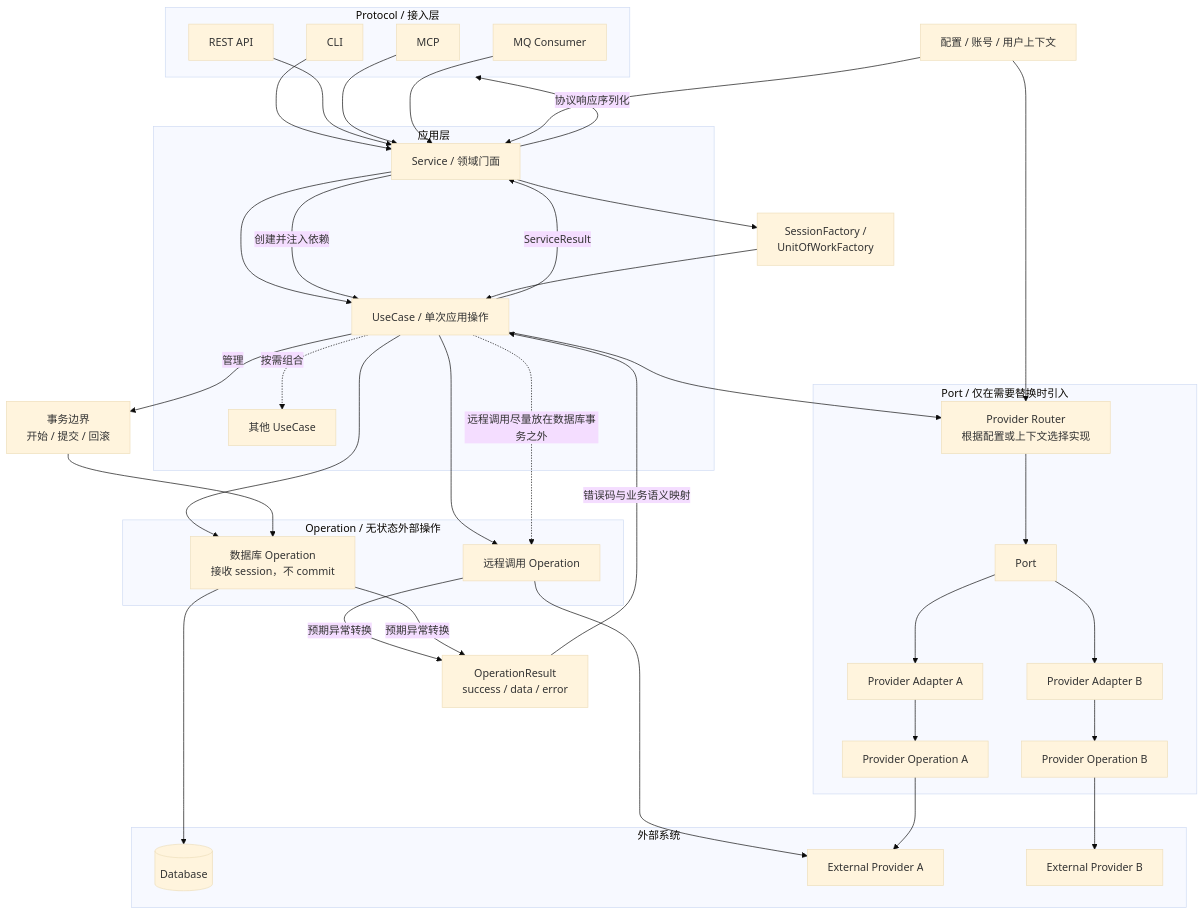
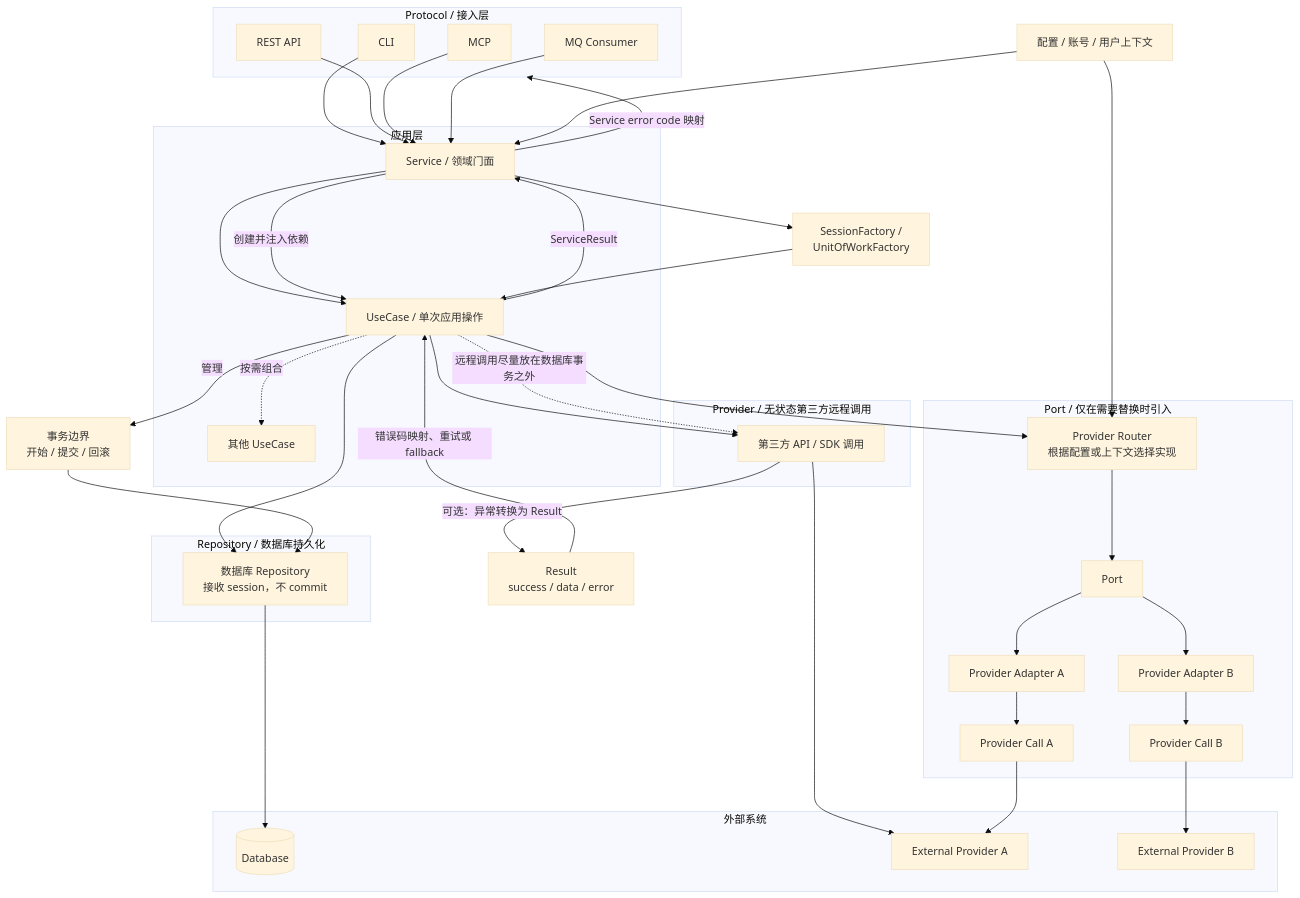
Before and after one commit to linjiaqin12138/OpenQuantMaster: the diagram in docs/conventions/architecture.md, drawn with Mermaid (base theme). The commit also changed other lines of this file and 2 other files, not shown here.

Commit message:
docs: refine provider and result architecture

````diff
--- a/docs/conventions/architecture.md
+++ b/docs/conventions/architecture.md
@@ -11,78 +11,80 @@
 ```mermaid
 flowchart TD
     subgraph Protocol["Protocol / 接入层"]
         CLI["CLI"]
         REST["REST API"]
         MCP["MCP"]
         MQ["MQ Consumer"]
     end
 
     subgraph Application["应用层"]
         Service["Service / 领域门面"]
         UseCase["UseCase / 单次应用操作"]
         OtherUseCase["其他 UseCase"]
     end
 
-    subgraph Operations["Operation / 无状态外部操作"]
-        RemoteOperation["远程调用 Operation"]
-        DatabaseOperation["数据库 Operation<br/>接收 session，不 commit"]
+    subgraph Providers["Provider / 无状态第三方远程调用"]
+        ProviderCall["第三方 API / SDK 调用"]
+    end
+
+    subgraph Repositories["Repository / 数据库持久化"]
+        DatabaseRepository["数据库 Repository<br/>接收 session，不 commit"]
     end
 
     subgraph OptionalPorts["Port / 仅在需要替换时引入"]
         Port["Port"]
         Router["Provider Router<br/>根据配置或上下文选择实现"]
         AdapterA["Provider Adapter A"]
         AdapterB["Provider Adapter B"]
-        OperationA["Provider Operation A"]
-        OperationB["Provider Operation B"]
+        ProviderCallA["Provider Call A"]
+        ProviderCallB["Provider Call B"]
     end
 
     subgraph External["外部系统"]
         DB[("Database")]
         ProviderA["External Provider A"]
         ProviderB["External Provider B"]
     end
 
     Context["配置 / 账号 / 用户上下文"]
     Factory["SessionFactory /<br/>UnitOfWorkFactory"]
-    Result["OperationResult<br/>success / data / error"]
+    Result["Result<br/>success / data / error"]
     Transaction["事务边界<br/>开始 / 提交 / 回滚"]
 
     CLI --> Service
     REST --> Service
     MCP --> Service
     MQ --> Service
 
     Service --> UseCase
     UseCase -.按需组合.-> OtherUseCase
-    UseCase --> RemoteOperation
-    UseCase --> DatabaseOperation
+    UseCase --> ProviderCall
+    UseCase --> DatabaseRepository
 
     UseCase --> Router
     Router --> Port
     Port --> AdapterA
     Port --> AdapterB
-    AdapterA --> OperationA
-    AdapterB --> OperationB
+    AdapterA --> ProviderCallA
+    AdapterB --> ProviderCallB
 
-    RemoteOperation --> ProviderA
-    OperationA --> ProviderA
-    OperationB --> ProviderB
-    DatabaseOperation --> DB
+    ProviderCall --> ProviderA
+    ProviderCallA --> ProviderA
+    ProviderCallB --> ProviderB
+    DatabaseRepository --> DB
 
     Context --> Service
     Context --> Router
     Service -->|"创建并注入依赖"| UseCase
     Service --> Factory
     Factory --> UseCase
     UseCase -->|"管理"| Transaction
-    Transaction --> DatabaseOperation
+    Transaction --> DatabaseRepository
 
-    RemoteOperation -->|"预期异常转换"| Result
-    DatabaseOperation -->|"预期异常转换"| Result
-    Result -->|"错误码与业务语义映射"| UseCase
+    ProviderCall -->|"可选：异常转换为 Result"| Result
+    Result -->|"错误码映射、重试或 fallback"| UseCase
     UseCase -->|"ServiceResult"| Service
-    Service -->|"协议响应序列化"| Protocol
+    Service -->|"Service error code 映射"| Protocol
 
-    UseCase -. "远程调用尽量放在数据库事务之外" .-> RemoteOperation
+    UseCase -. "远程调用尽量放在数据库事务之外" .-> ProviderCall
 ```
````
